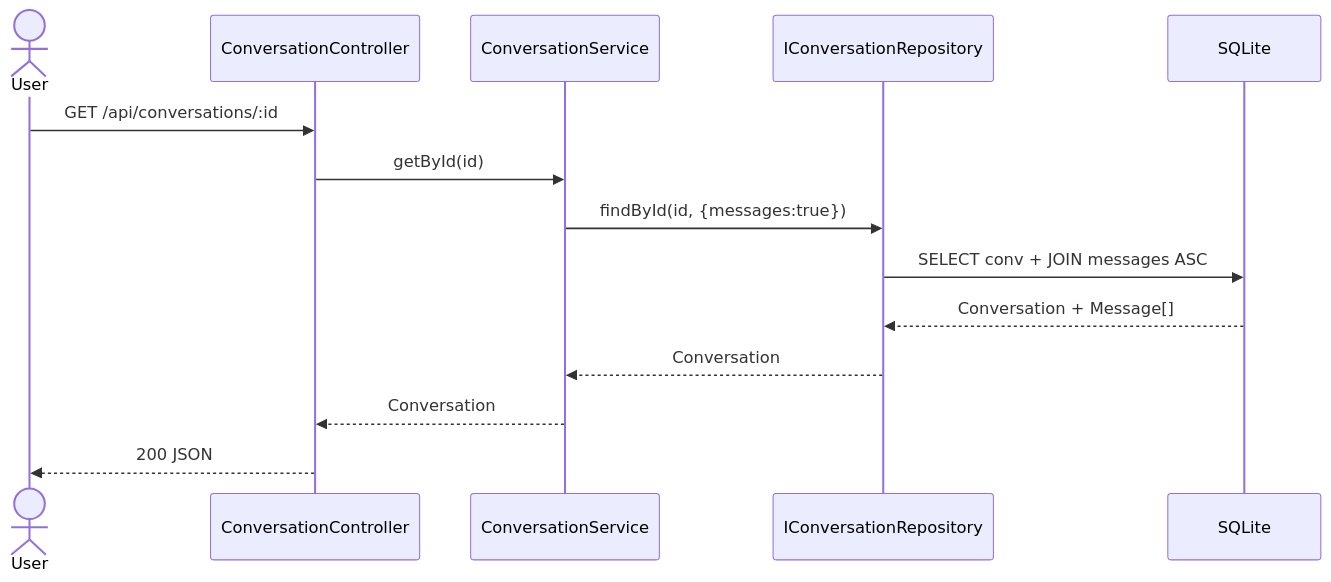
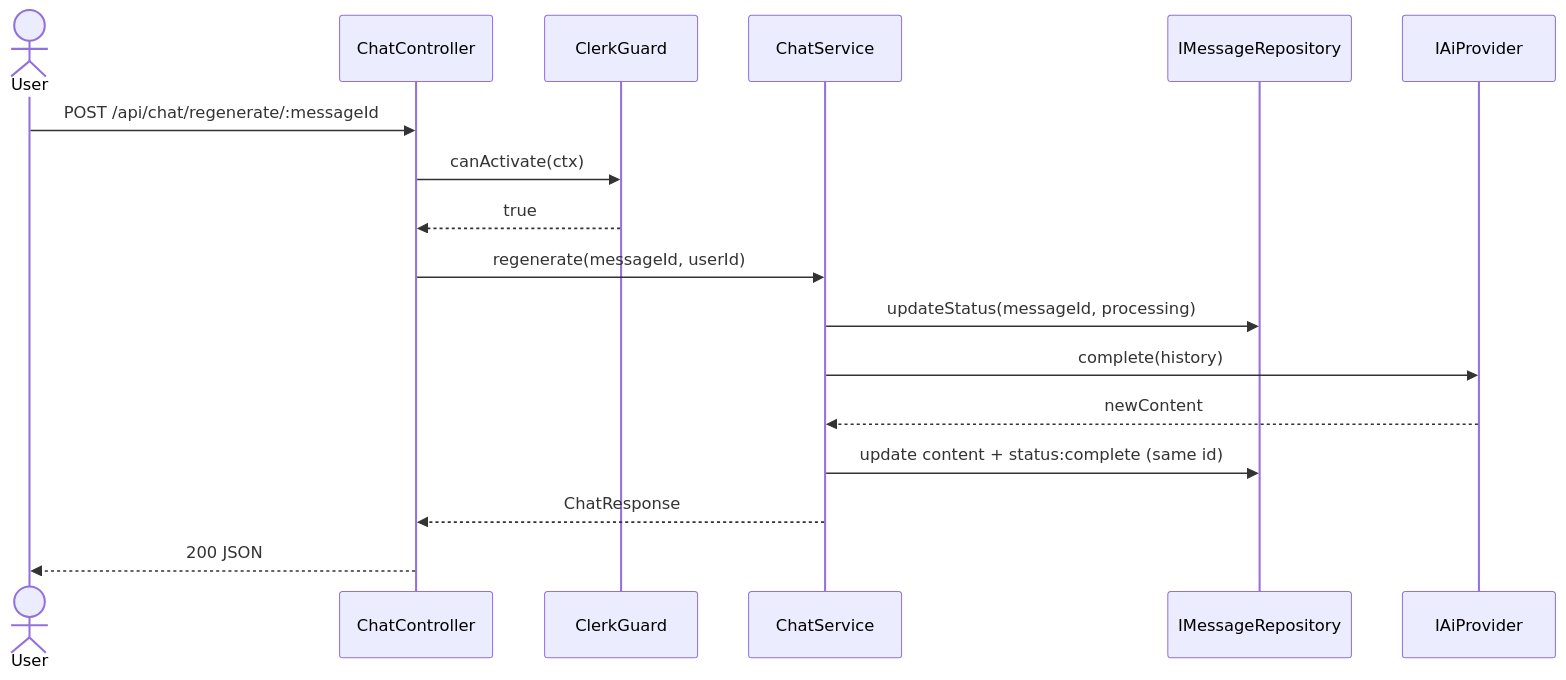
One commit to Glitch-guy0/chaiGPT changed the fifth of 6 diagrams in _bmad-output/planning-artifacts/03-sequence.md. Above: the diagram before and after it, drawn with Mermaid. The commit also changed other lines of this file and 5 other files, not shown here.

````diff
--- a/_bmad-output/planning-artifacts/03-sequence.md
+++ b/_bmad-output/planning-artifacts/03-sequence.md
@@ -65,17 +117,20 @@
 ```mermaid
 sequenceDiagram
     actor User
-    participant C as ConversationController
-    participant S as ConversationService
-    participant CR as IConversationRepository
-    participant DB as SQLite
+    participant C as ChatController
+    participant G as ClerkGuard
+    participant S as ChatService
+    participant MR as IMessageRepository
+    participant AI as IAiProvider
 
-    User->>C: GET /api/conversations/:id
-    C->>S: getById(id)
-    S->>CR: findById(id, {messages:true})
-    CR->>DB: SELECT conv + JOIN messages ASC
-    DB-->>CR: Conversation + Message[]
-    CR-->>S: Conversation
-    S-->>C: Conversation
+    User->>C: POST /api/chat/regenerate/:messageId
+    C->>G: canActivate(ctx)
+    G-->>C: true
+    C->>S: regenerate(messageId, userId)
+    S->>MR: updateStatus(messageId, processing)
+    S->>AI: complete(history)
+    AI-->>S: newContent
+    S->>MR: update content + status:complete (same id)
+    S-->>C: ChatResponse
     C-->>User: 200 JSON
 ```
````
